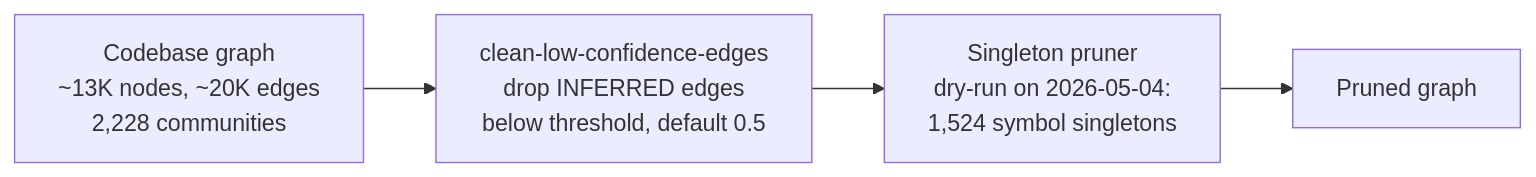
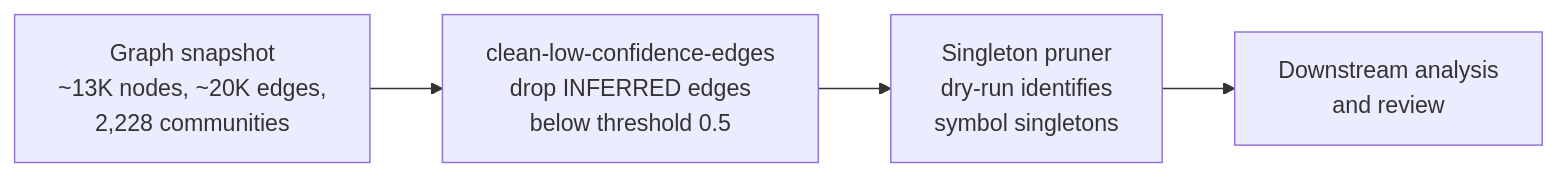
One commit to hybridindie/wiki-fabric changed the diagram in wiki/topics/nomikailist-knowledge-graph.md. Above: the diagram before and after it, drawn with Mermaid. The commit also changed other lines of this file and 43 other files, not shown here.

````diff
--- a/wiki/topics/nomikailist-knowledge-graph.md
+++ b/wiki/topics/nomikailist-knowledge-graph.md
@@ -32,6 +34,6 @@
 ```mermaid
 flowchart LR
-    A[Codebase graph<br/>~13K nodes, ~20K edges<br/>2,228 communities] --> B[clean-low-confidence-edges<br/>drop INFERRED edges<br/>below threshold, default 0.5]
-    B --> C[Singleton pruner<br/>dry-run on 2026-05-04:<br/>1,524 symbol singletons]
-    C --> D[Pruned graph]
+    A[Graph snapshot<br/>~13K nodes, ~20K edges,<br/>2,228 communities] --> B[clean-low-confidence-edges<br/>drop INFERRED edges<br/>below threshold 0.5]
+    B --> C[Singleton pruner<br/>dry-run identifies<br/>symbol singletons]
+    C --> D[Downstream analysis<br/>and review]
 ```
````
